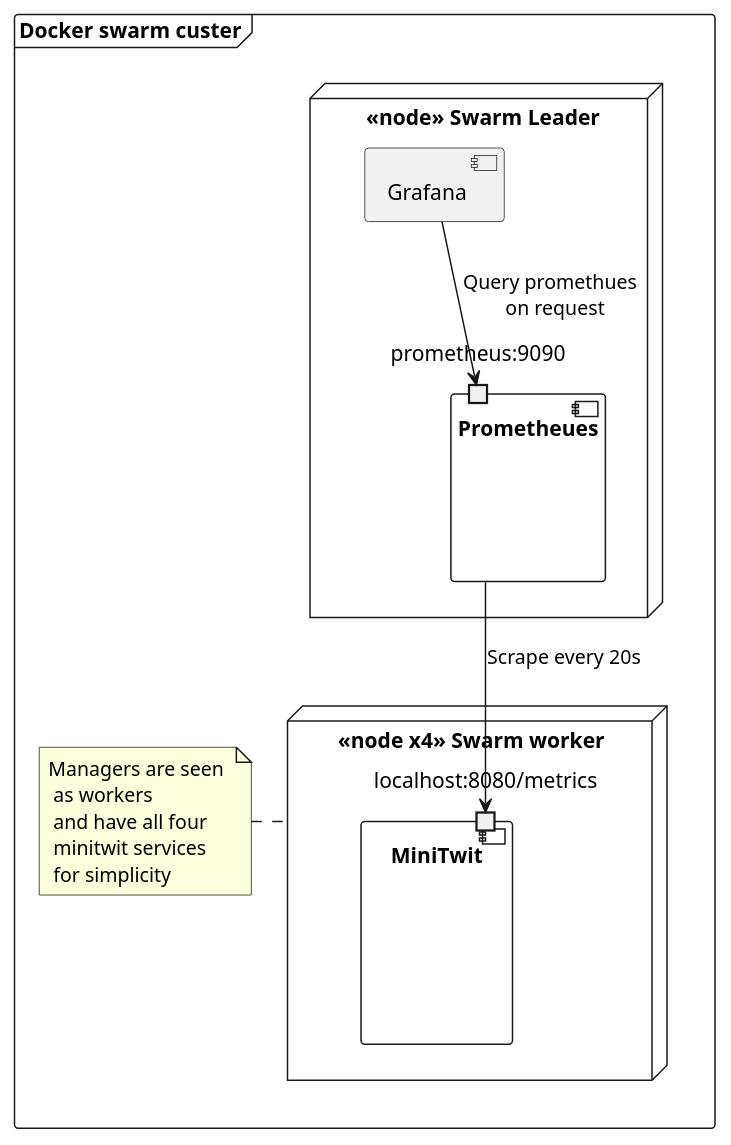
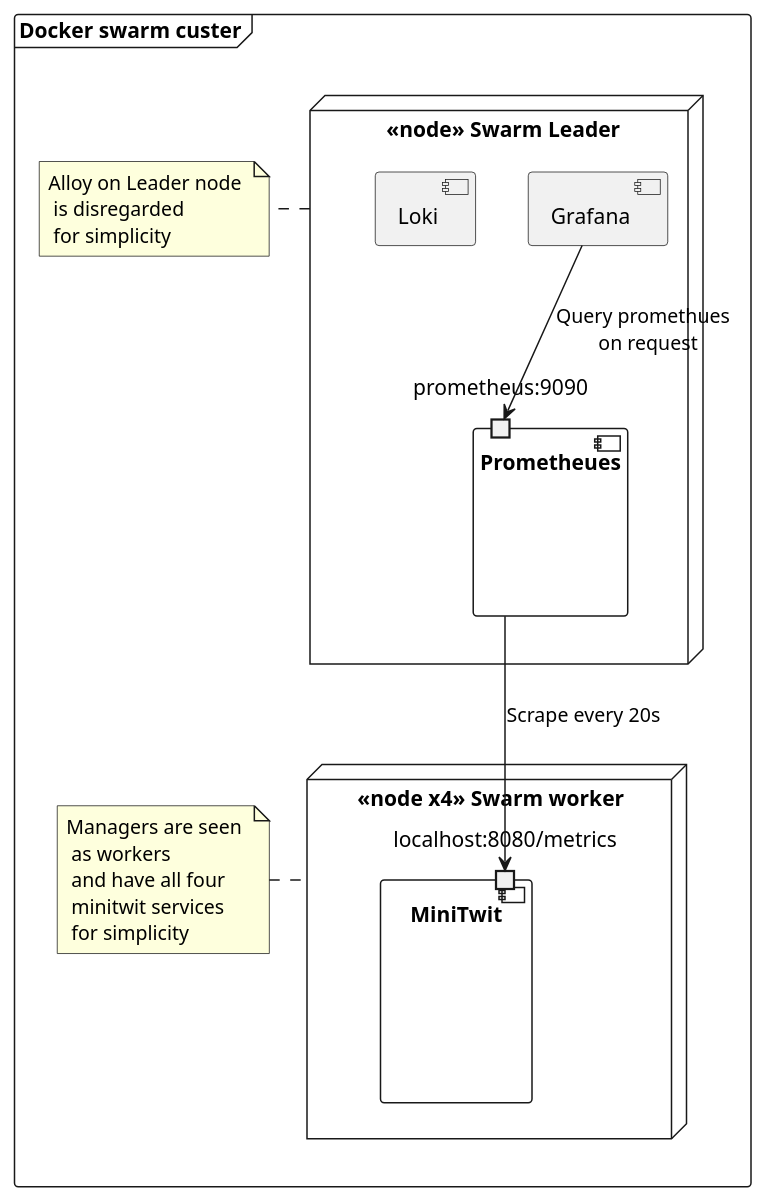
One commit to DevBobs-devops/Devbobs_MiniTwit changed the diagram in report/src/diagrams/monitoring.puml. Above: the diagram before and after it, drawn with PlantUML.

Commit message:
report: added note and loki to monitoring diagram

```diff
--- a/report/src/diagrams/monitoring.puml
+++ b/report/src/diagrams/monitoring.puml
@@ -1,26 +1,31 @@
 @startuml 
 
  frame "Docker swarm custer" as cluster {
-    node " <<node>> Swarm Leader"{
+    node " <<node>> Swarm Leader" as leader{
         
         component "Prometheues" as prom{
             port "prometheus:9090" as promp
         }
         component Grafana as graf {
         }
 
+        component Loki {
+
+        }
+        
 
     }
+    note right of leader: Alloy on Leader node \n is disregarded \n for simplicity
 
     node "<<node x4>> Swarm worker" as workers {
         
         component "MiniTwit" as mini{
             port "localhost:8080/metrics" as metrics
         }
     }
     note left of workers : Managers are seen \n as workers \n and have all four \n minitwit services \n for simplicity
 
     prom --> metrics : Scrape every 20s
     graf --> promp : Query promethues \n on request
  }
 @enduml
```
